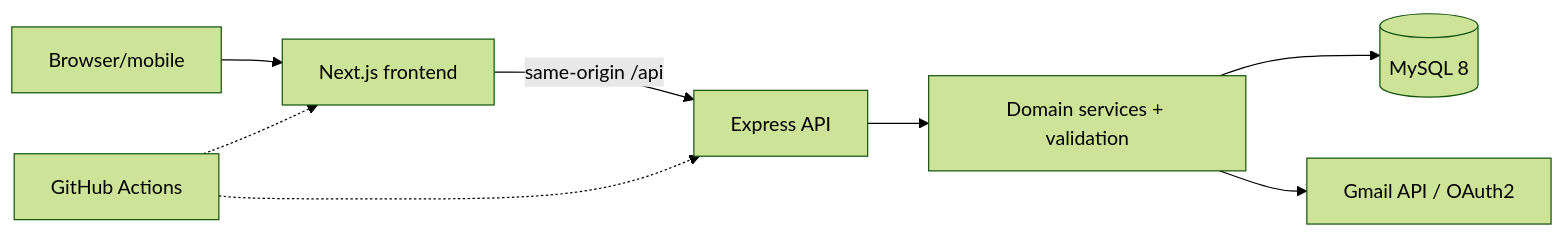
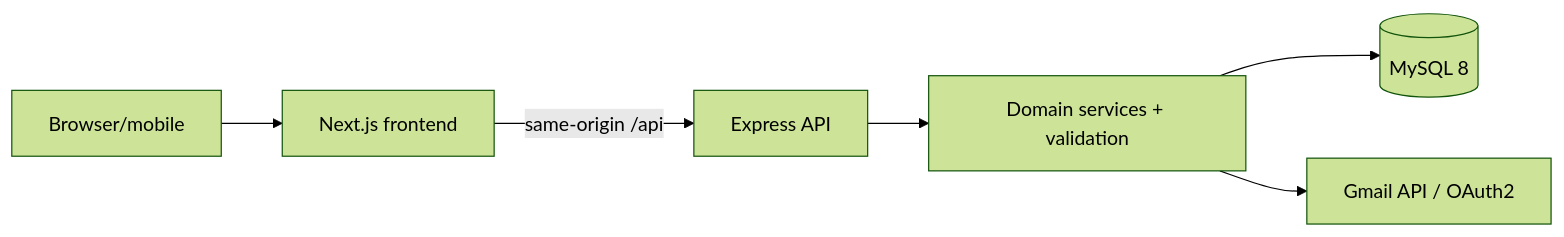
The first of 3 diagrams in docs/ARCHITECTURE.md (hello1224354/nail_salon_api), drawn with Mermaid (forest theme) before and after one commit. The commit also changed 43 other files, not shown here.

````diff
--- a/docs/ARCHITECTURE.md
+++ b/docs/ARCHITECTURE.md
@@ -5,10 +5,8 @@
 ```mermaid
 flowchart LR
     User[Browser/mobile] --> Next[Next.js frontend]
     Next -->|same-origin /api| Express[Express API]
     Express --> Services[Domain services + validation]
     Services --> DB[(MySQL 8)]
     Services --> Gmail[Gmail API / OAuth2]
-    GitHub[GitHub Actions] -.-> Next
-    GitHub -.-> Express
 ```
````
